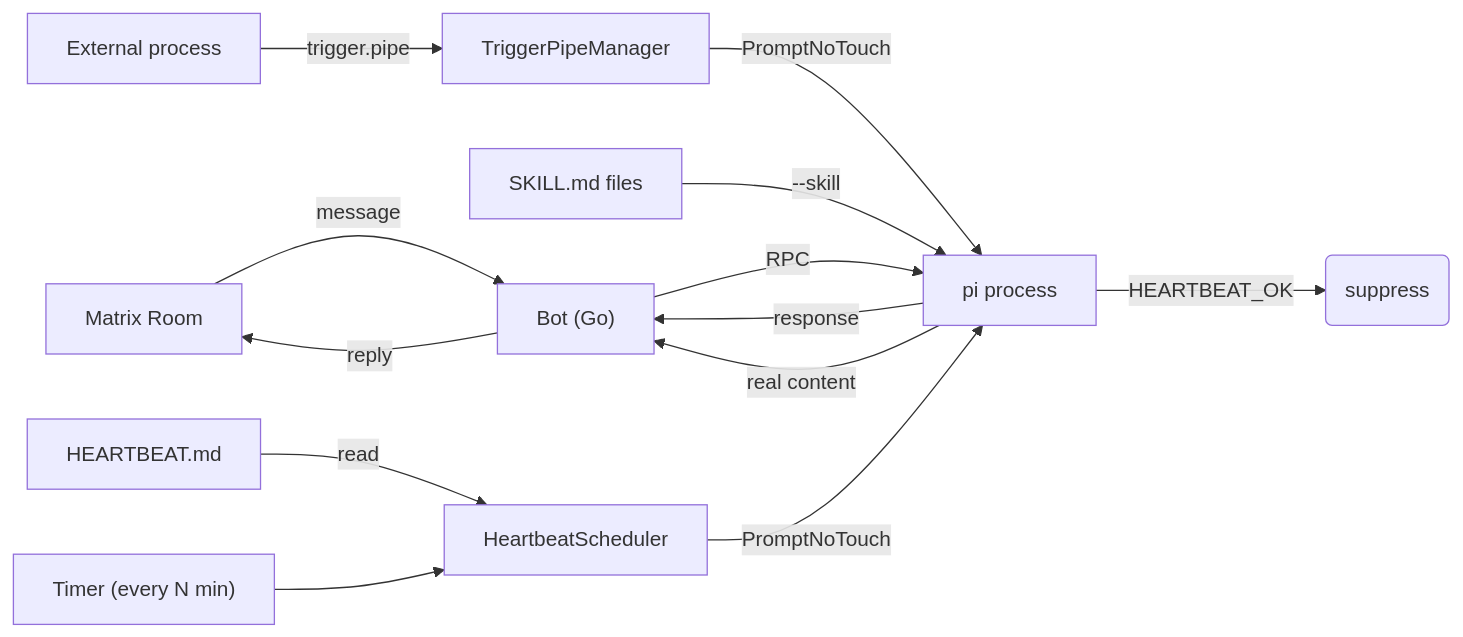
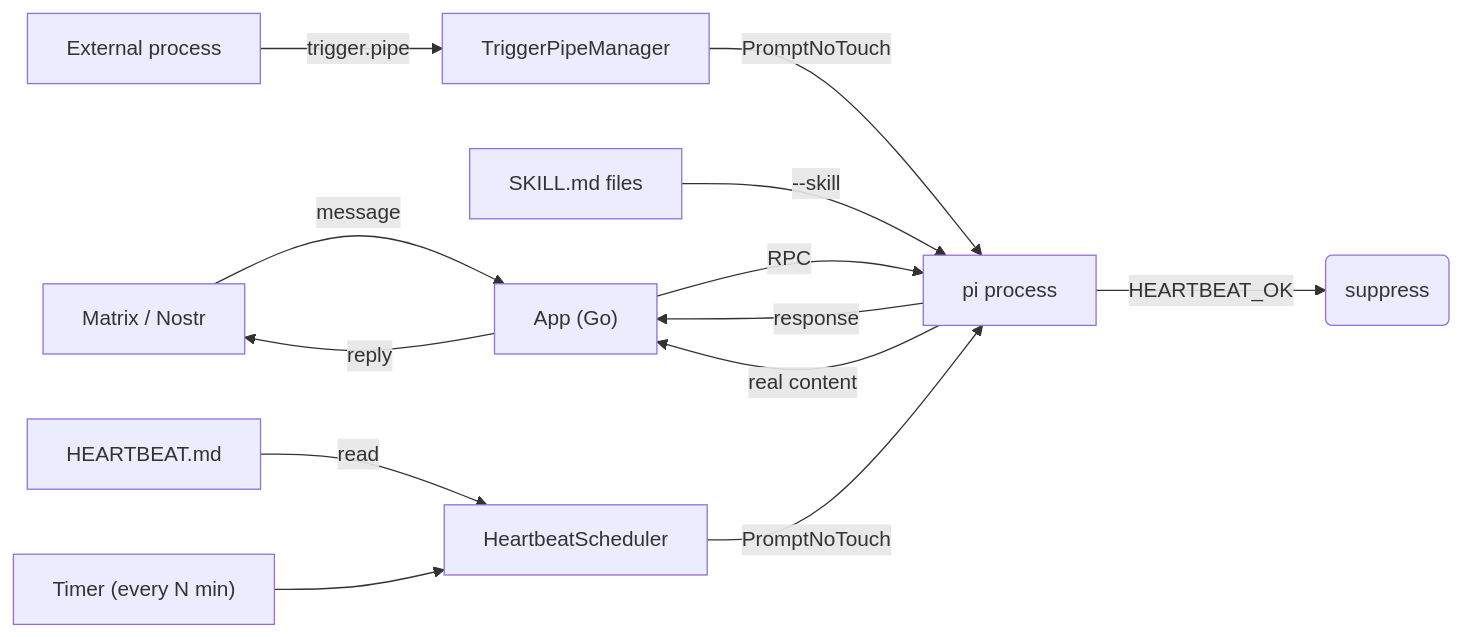
The diagram in README.md (pinpox/opencrow), drawn with Mermaid before and after one commit. The commit also changed other lines of this file and 21 other files, not shown here.

First line of the commit message:
Abstract messaging backend to support Matrix and Nostr

````diff
--- a/README.md
+++ b/README.md
@@ -17,16 +20,16 @@
 ```mermaid
 graph LR
-    Room[Matrix Room] -->|message| Bot["Bot (Go)"]
-    Bot -->|RPC| Pi["pi process"]
-    Pi -->|response| Bot
-    Bot -->|reply| Room
+    Transport[Matrix / Nostr] -->|message| App["App (Go)"]
+    App -->|RPC| Pi["pi process"]
+    Pi -->|response| App
+    App -->|reply| Transport
 
     Skills["SKILL.md files"] -->|"--skill"| Pi
     HB["HEARTBEAT.md"] -->|read| Sched[HeartbeatScheduler]
     Timer["Timer (every N min)"] --> Sched
     Ext["External process"] -->|"trigger.pipe"| TrigMgr[TriggerPipeManager]
     TrigMgr -->|PromptNoTouch| Pi
     Sched -->|PromptNoTouch| Pi
     Pi -->|"HEARTBEAT_OK"| Suppress(suppress)
-    Pi -->|real content| Bot
+    Pi -->|real content| App
 ```
````
